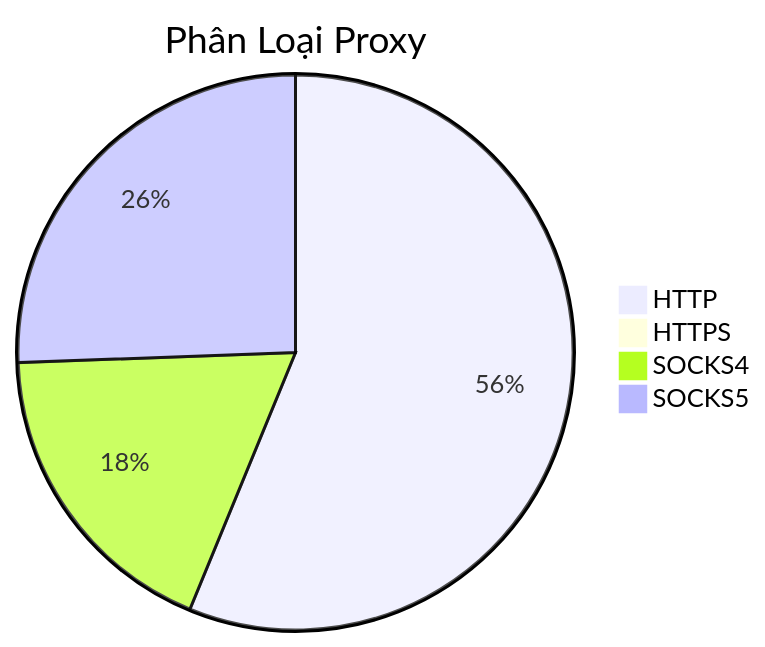
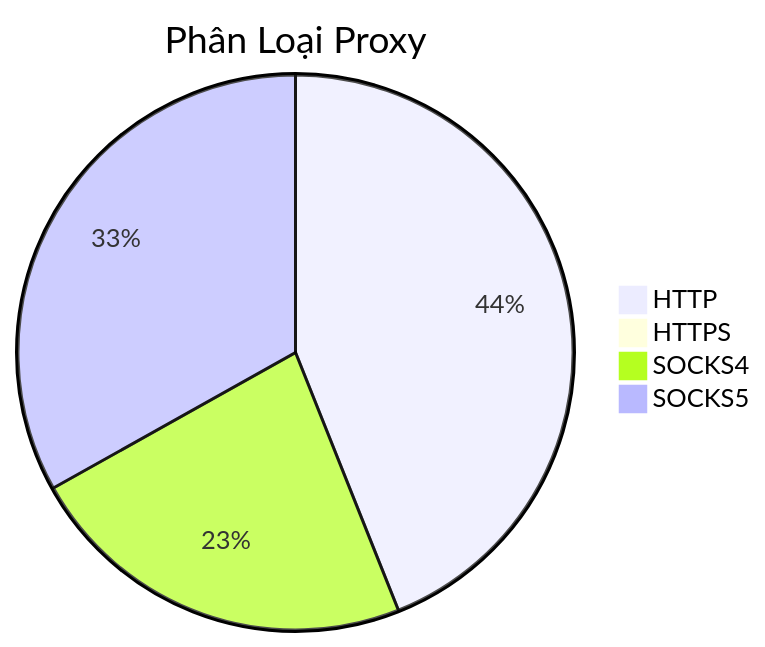
Before and after one commit to Ciara-12/PROXY-free: the diagram in README.md, drawn with Mermaid. The commit also changed other lines of this file and 4 other files, not shown here.

````diff
--- a/README.md
+++ b/README.md
@@ -26,7 +26,7 @@
 ```mermaid
 pie title Phân Loại Proxy
-    "HTTP" : 679
-    "HTTPS" : 3
-    "SOCKS4" : 220
-    "SOCKS5" : 309
+    "HTTP" : 418
+    "HTTPS" : 4
+    "SOCKS4" : 218
+    "SOCKS5" : 315
 ```
````
